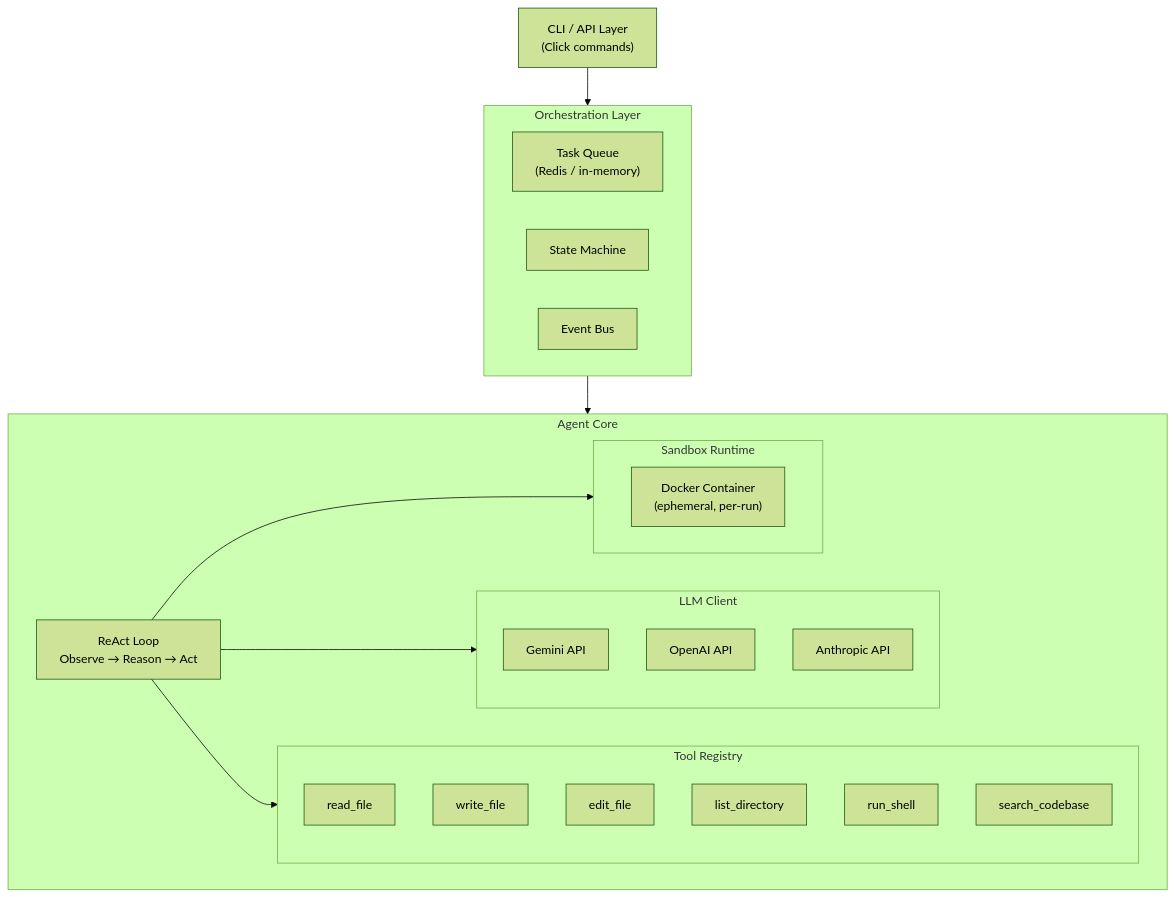
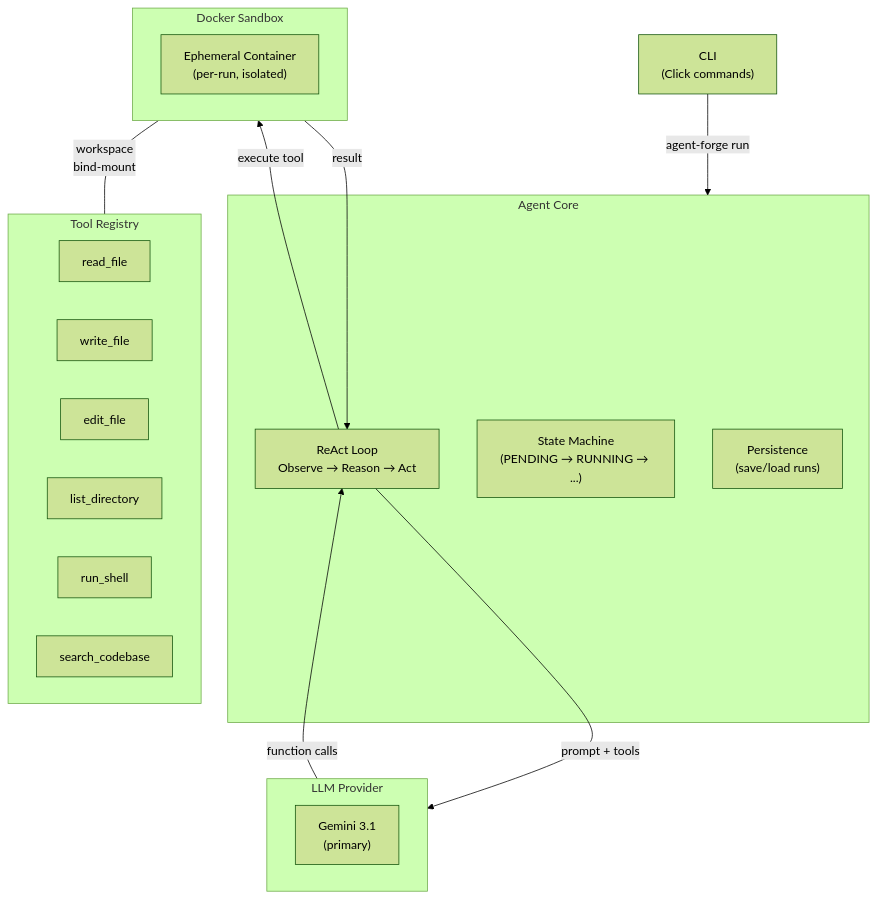
The diagram in README.md (akoita/agent-forge), drawn with Mermaid (forest theme) before and after one commit. The commit also changed other lines of this file, not shown here.

Commit message:
fix(#11): correct architecture diagram to match actual implementation
- Remove Orchestration Layer (queue.py/events.py are empty stubs)
- Show actual flow: CLI → ReAct Loop → LLM + Tools + Sandbox
- Show Gemini 3.1 as primary (only wired provider)
- Include State Machine + Persistence in Agent Core
- Update features: remove queue-based scaling, add run persistence
- Clarify extensible LLM layer vs multi-provider

````diff
--- a/README.md
+++ b/README.md
@@ -17,39 +17,35 @@
 ```mermaid
 graph TD
-    CLI["CLI / API Layer<br/>(Click commands)"]
-    CLI --> Orch
-
-    subgraph Orch["Orchestration Layer"]
-        Queue["Task Queue<br/>(Redis / in-memory)"]
-        SM["State Machine"]
-        EB["Event Bus"]
-    end
-
-    Orch --> Core
+    CLI["CLI<br/>(Click commands)"]
+    CLI -->|"agent-forge run"| Core
 
     subgraph Core["Agent Core"]
         Loop["ReAct Loop<br/>Observe → Reason → Act"]
-        Loop --> LLM
-        Loop --> Tools
-        Loop --> Sandbox
+        State["State Machine<br/>(PENDING → RUNNING → ...)"]
+        Persist["Persistence<br/>(save/load runs)"]
     end
 
-    subgraph LLM["LLM Client"]
-        Gemini["Gemini API"]
-        OpenAI["OpenAI API"]
-        Anthropic["Anthropic API"]
+    Loop -->|"prompt + tools"| LLM
+    LLM -->|"function calls"| Loop
+    Loop -->|"execute tool"| Sandbox
+    Sandbox -->|"result"| Loop
+
+    subgraph LLM["LLM Provider"]
+        Gemini["Gemini 3.1<br/>(primary)"]
+    end
+
+    subgraph Sandbox["Docker Sandbox"]
+        Docker["Ephemeral Container<br/>(per-run, isolated)"]
     end
 
     subgraph Tools["Tool Registry"]
         read_file
         write_file
         edit_file
         list_directory
         run_shell
         search_codebase
     end
 
-    subgraph Sandbox["Sandbox Runtime"]
-        Docker["Docker Container<br/>(ephemeral, per-run)"]
-    end
+    Sandbox ---|"workspace<br/>bind-mount"| Tools
 ```
````
